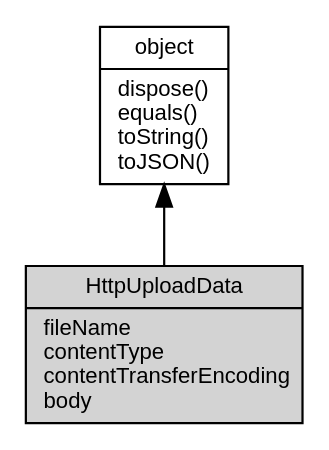
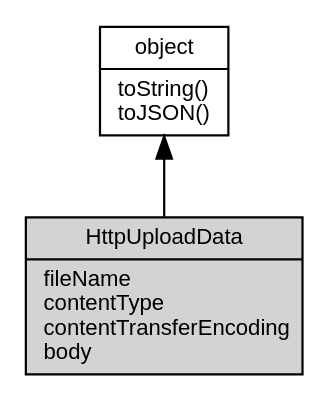
The diagram in docs/object/ifs/HttpUploadData.md (asionius/fibjs-ceph), drawn with Graphviz before and after one commit. The commit also changed other lines of this file and 138 other files, not shown here.

````diff
--- a/docs/object/ifs/HttpUploadData.md
+++ b/docs/object/ifs/HttpUploadData.md
@@ -5,10 +5,10 @@
 ```dot
 digraph {
     node [fontname="Helvetica,sans-Serif", fontsize=10, shape="record", style="filled", fillcolor="white"];
 
-    object [tooltip="object", URL="object.md", label="{object|dispose()\lequals()\ltoString()\ltoJSON()\l}"];
-    HttpUploadData [tooltip="HttpUploadData", fillcolor="lightgray", label="{HttpUploadData|fileName\lcontentType\lcontentTransferEncoding\lbody\l}"];
+    object [tooltip="object", URL="object.md", label="{object|toString()\ltoJSON()\l}"];
+    HttpUploadData [tooltip="HttpUploadData", fillcolor="lightgray", id="me", label="{HttpUploadData|fileName\lcontentType\lcontentTransferEncoding\lbody\l}"];
 
     object -> HttpUploadData [dir=back];
 }
 ```
````
